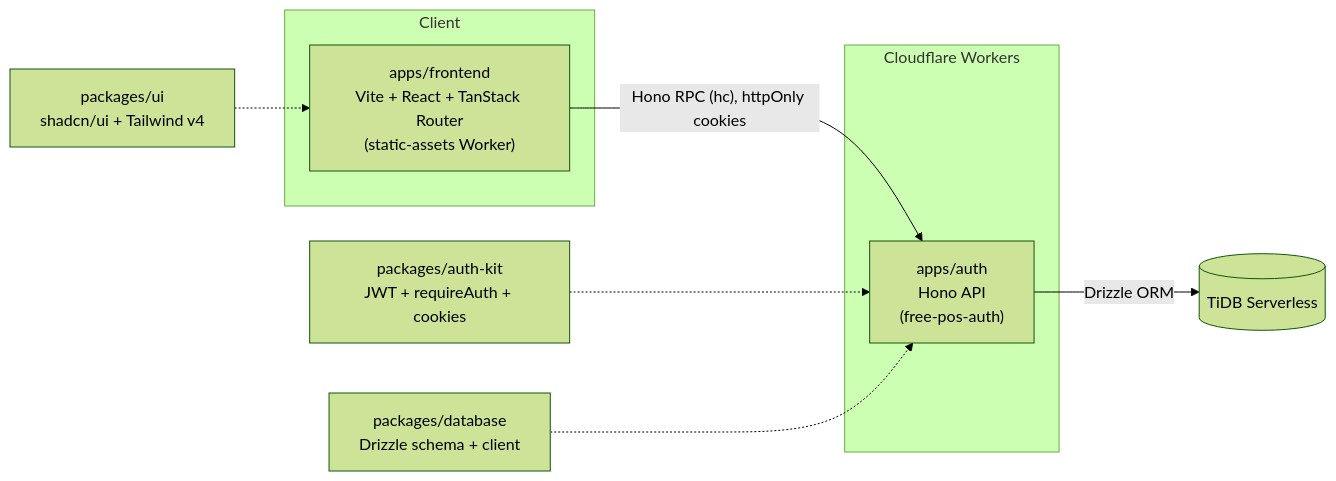
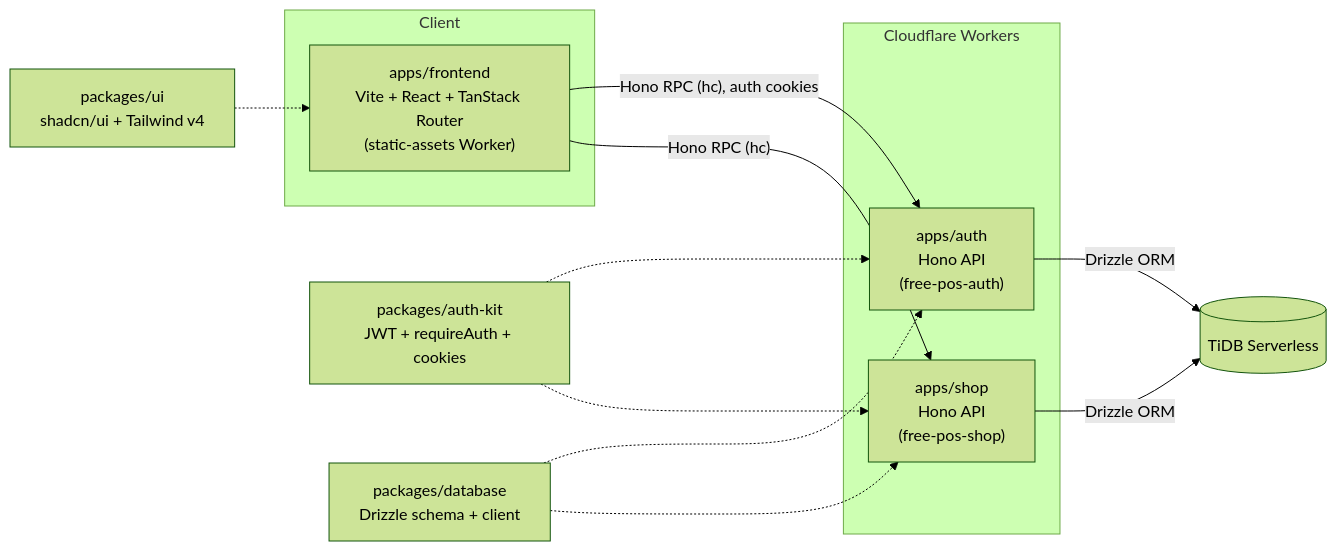
Before and after one commit to has-bii/free-pos: the diagram in README.md, drawn with Mermaid (forest theme). The commit also changed other lines of this file, not shown here.

Commit message:
docs: update README for shop service

````diff
--- a/README.md
+++ b/README.md
@@ -22,19 +22,24 @@
 ```mermaid
 flowchart LR
     subgraph Client
         FE["apps/frontend<br/>Vite + React + TanStack Router<br/>(static-assets Worker)"]
     end
 
     subgraph Edge["Cloudflare Workers"]
         AUTH["apps/auth<br/>Hono API<br/>(free-pos-auth)"]
+        SHOP["apps/shop<br/>Hono API<br/>(free-pos-shop)"]
     end
 
     DB[("TiDB Serverless")]
 
-    FE -- "Hono RPC (hc), httpOnly cookies" --> AUTH
+    FE -- "Hono RPC (hc), auth cookies" --> AUTH
+    FE -- "Hono RPC (hc)" --> SHOP
     AUTH -- "Drizzle ORM" --> DB
+    SHOP -- "Drizzle ORM" --> DB
 
     AK["packages/auth-kit<br/>JWT + requireAuth + cookies"] -.-> AUTH
+    AK -.-> SHOP
     DBP["packages/database<br/>Drizzle schema + client"] -.-> AUTH
+    DBP -.-> SHOP
     UI["packages/ui<br/>shadcn/ui + Tailwind v4"] -.-> FE
 ```
````
